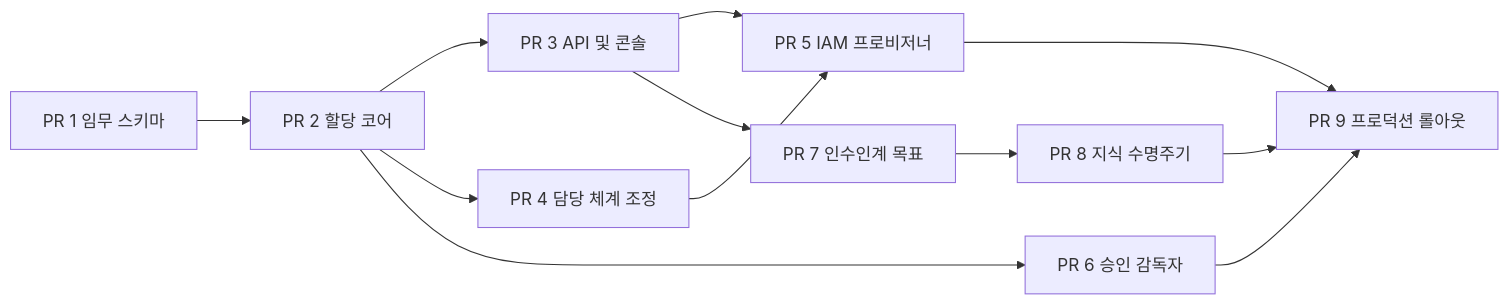
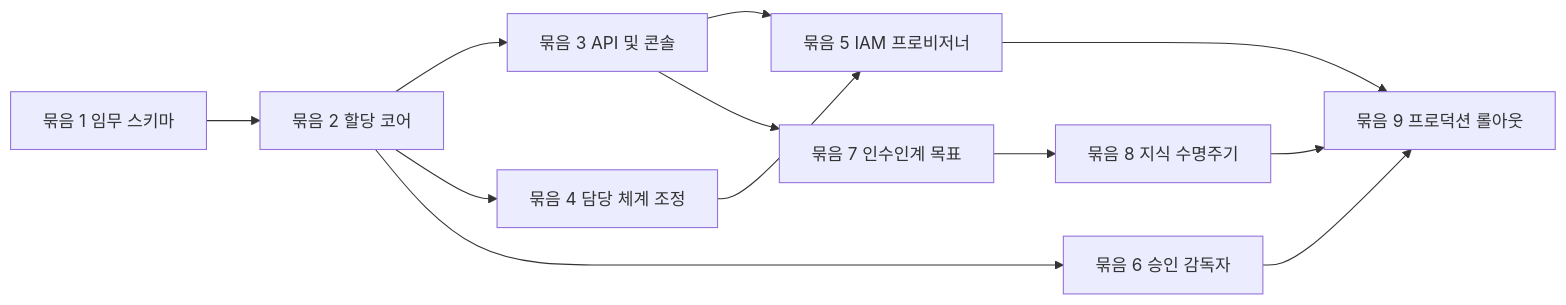
One commit to dotnetpower/fdai changed the diagram in docs/roadmap/interfaces/human-agent-assignment-implementation-plan-ko.md. Above: the diagram before and after it, drawn with Mermaid. The commit also changed other lines of this file and 22 other files, not shown here.

````diff
--- a/docs/roadmap/interfaces/human-agent-assignment-implementation-plan-ko.md
+++ b/docs/roadmap/interfaces/human-agent-assignment-implementation-plan-ko.md
@@ -27,14 +29,14 @@
 ```mermaid
 flowchart LR
-  P1[PR 1 임무 스키마] --> P2[PR 2 할당 코어]
-  P2 --> P3[PR 3 API 및 콘솔]
-  P2 --> P4[PR 4 담당 체계 조정]
-  P3 --> P5[PR 5 IAM 프로비저너]
+   P1[묶음 1 임무 스키마] --> P2[묶음 2 할당 코어]
+   P2 --> P3[묶음 3 API 및 콘솔]
+   P2 --> P4[묶음 4 담당 체계 조정]
+   P3 --> P5[묶음 5 IAM 프로비저너]
   P4 --> P5
-  P2 --> P6[PR 6 승인 감독자]
-  P3 --> P7[PR 7 인수인계 목표]
-  P7 --> P8[PR 8 지식 수명주기]
-  P5 --> P9[PR 9 프로덕션 롤아웃]
+   P2 --> P6[묶음 6 승인 감독자]
+   P3 --> P7[묶음 7 인수인계 목표]
+   P7 --> P8[묶음 8 지식 수명주기]
+   P5 --> P9[묶음 9 프로덕션 롤아웃]
   P6 --> P9
   P8 --> P9
 ```
````
